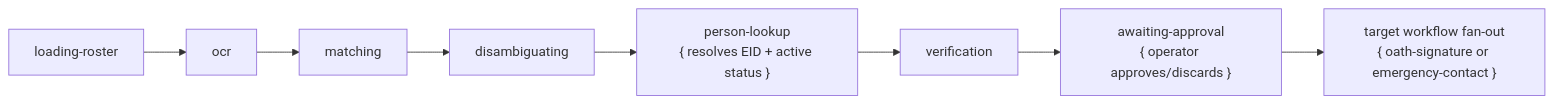
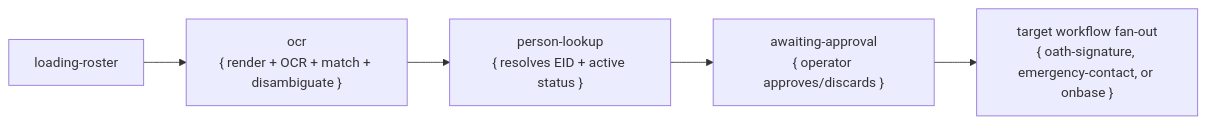
One commit to julianthant/hr-automation changed the diagram in docs/workflow/ocr.md. Above: the diagram before and after it, drawn with Mermaid. The commit also changed other lines of this file and 29 other files, not shown here.

````diff
--- a/docs/workflow/ocr.md
+++ b/docs/workflow/ocr.md
@@ -11,10 +13,7 @@
 ```mermaid
 flowchart LR
-  A["loading-roster"] --> B["ocr"]
-  B --> C["matching"]
-  C --> D["disambiguating"]
-  D --> E["person-lookup<br/>{ resolves EID + active status }"]
-  E --> F["verification"]
-  F --> G["awaiting-approval<br/>{ operator approves/discards }"]
-  G --> H["target workflow fan-out<br/>{ oath-signature or emergency-contact }"]
+  A["loading-roster"] --> B["ocr<br/>{ render + OCR + match + disambiguate }"]
+  B --> C["person-lookup<br/>{ resolves EID + active status }"]
+  C --> D["awaiting-approval<br/>{ operator approves/discards }"]
+  D --> E["target workflow fan-out<br/>{ oath-signature, emergency-contact, or onbase }"]
 ```
````
